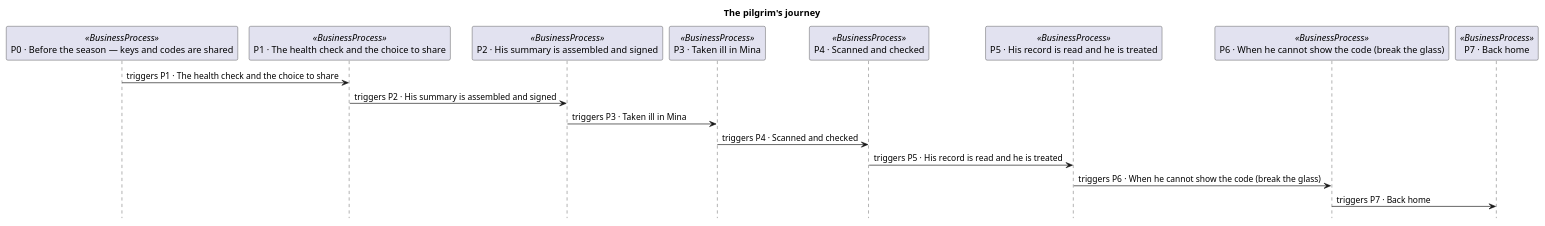
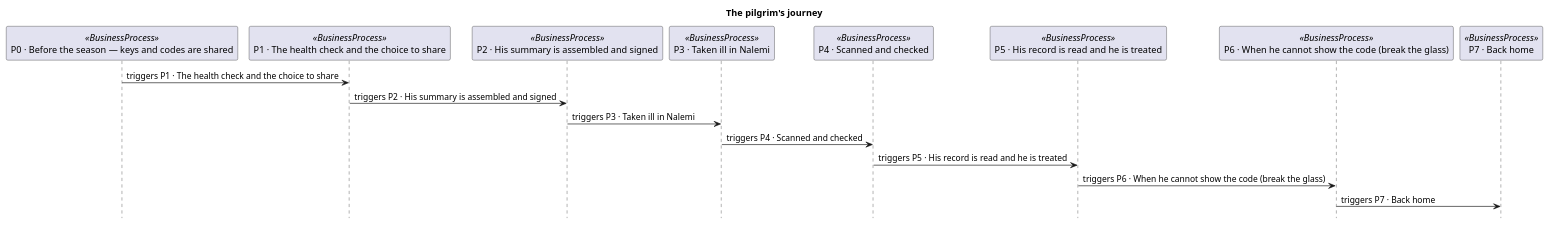
The second of 2 diagrams in archimate/2.1.0/sequences.puml (litlfred/smart-ips-pilgrimage), drawn with PlantUML before and after one commit. The commit also changed 653 other files, not shown here.

```diff
--- a/archimate/2.1.0/sequences.puml
+++ b/archimate/2.1.0/sequences.puml
@@ -20,20 +20,20 @@
 @startuml
 ' The pilgrim's journey (id-7316d840d1115721a94c96499199a557): sequence diagram, derived by archimate-diagrams. Do not edit.
 title The pilgrim's journey
 hide footbox
 participant "P0 · Before the season — keys and codes are shared" as id_1d10603bf37e5c1fbdddd2a493eff491 <<BusinessProcess>>
 participant "P1 · The health check and the choice to share" as id_dddf2e7324aa5f91904b80307fbd877a <<BusinessProcess>>
 participant "P2 · His summary is assembled and signed" as id_abe54aba83bf5d3fb7555a45a6d55e33 <<BusinessProcess>>
-participant "P3 · Taken ill in Mina" as id_15ad62c4c32e52439597bee188559dea <<BusinessProcess>>
+participant "P3 · Taken ill in Nalemi" as id_15ad62c4c32e52439597bee188559dea <<BusinessProcess>>
 participant "P4 · Scanned and checked" as id_8ada823571f4597ea07ae7870ddca86d <<BusinessProcess>>
 participant "P5 · His record is read and he is treated" as id_cef47cd08ab2539db34f341f16067b99 <<BusinessProcess>>
 participant "P6 · When he cannot show the code (break the glass)" as id_11fab3bebb77541abfcf6d1bbc736960 <<BusinessProcess>>
 participant "P7 · Back home" as id_475445e1cb0850db9f1a4d7084af5259 <<BusinessProcess>>
 id_1d10603bf37e5c1fbdddd2a493eff491 -> id_dddf2e7324aa5f91904b80307fbd877a : triggers P1 · The health check and the choice to share
 id_dddf2e7324aa5f91904b80307fbd877a -> id_abe54aba83bf5d3fb7555a45a6d55e33 : triggers P2 · His summary is assembled and signed
-id_abe54aba83bf5d3fb7555a45a6d55e33 -> id_15ad62c4c32e52439597bee188559dea : triggers P3 · Taken ill in Mina
+id_abe54aba83bf5d3fb7555a45a6d55e33 -> id_15ad62c4c32e52439597bee188559dea : triggers P3 · Taken ill in Nalemi
 id_15ad62c4c32e52439597bee188559dea -> id_8ada823571f4597ea07ae7870ddca86d : triggers P4 · Scanned and checked
 id_8ada823571f4597ea07ae7870ddca86d -> id_cef47cd08ab2539db34f341f16067b99 : triggers P5 · His record is read and he is treated
 id_cef47cd08ab2539db34f341f16067b99 -> id_11fab3bebb77541abfcf6d1bbc736960 : triggers P6 · When he cannot show the code (break the glass)
 id_11fab3bebb77541abfcf6d1bbc736960 -> id_475445e1cb0850db9f1a4d7084af5259 : triggers P7 · Back home
 @enduml
```
